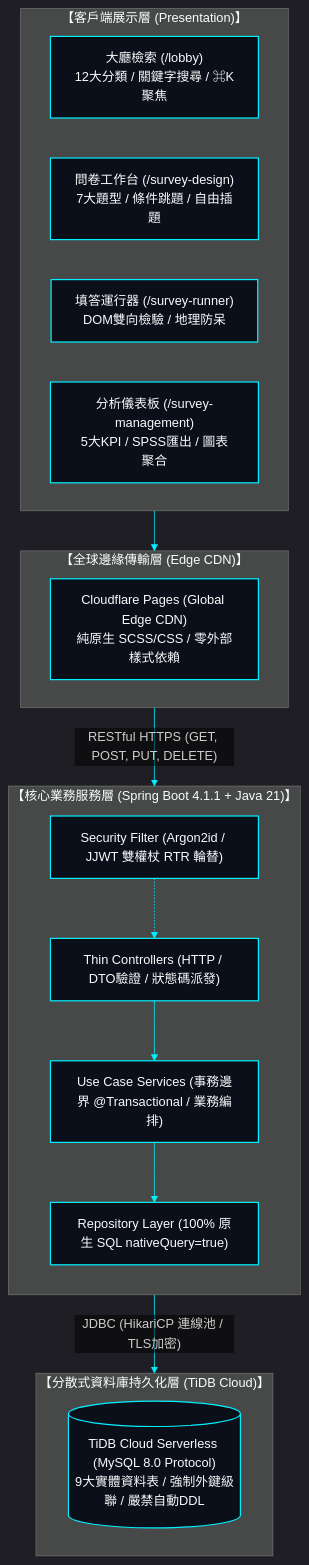
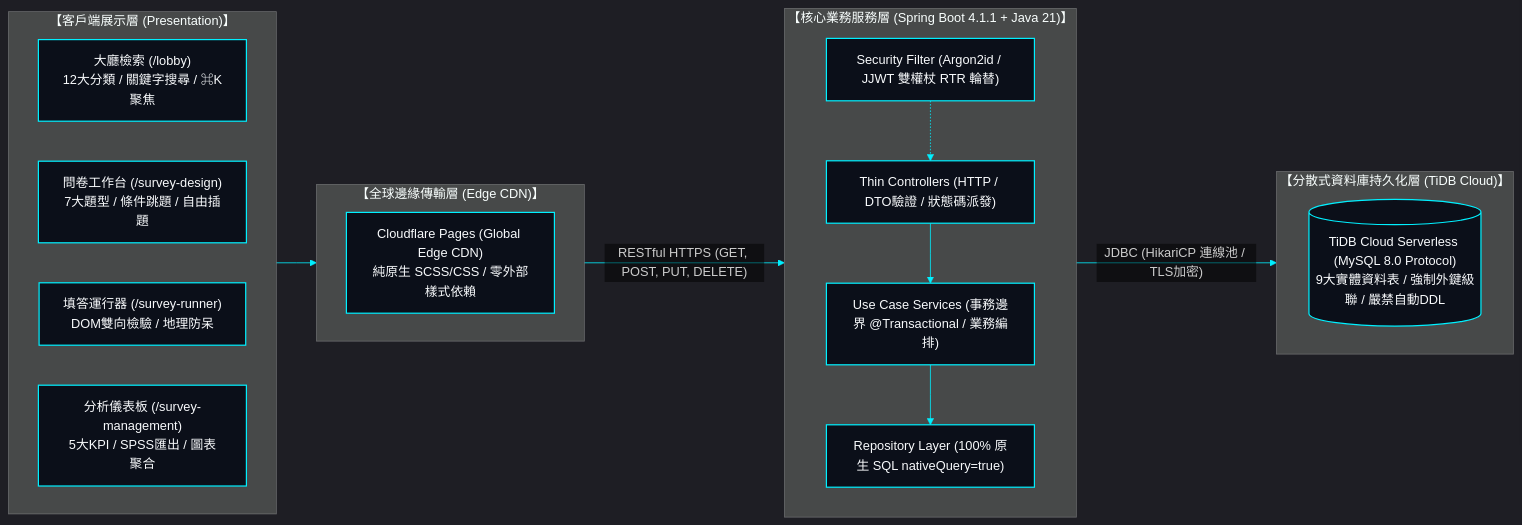
The first of 2 diagrams in README.md (EricXJason/survey-flow), drawn with Mermaid before and after one commit. The commit also changed other lines of this file and 10 other files, not shown here.

Commit message:
chore(release): unify sci-fi hud mermaid diagrams across all docs

````diff
--- a/README.md
+++ b/README.md
@@ -39,39 +39,53 @@
 ```mermaid
-%%{init: {'theme': 'dark', 'themeVariables': { 'darkMode': true, 'background': '#030712', 'primaryColor': '#0b0f19', 'primaryTextColor': '#f8fafc', 'primaryBorderColor': '#00f0ff', 'lineColor': '#00f0ff', 'edgeLabelBackground': 'transparent', 'fontFamily': 'system-ui, sans-serif' }}}%%
-flowchart TD
+%%{init: {
+  'theme': 'dark',
+  'themeVariables': {
+    'darkMode': true,
+    'background': '#030712',
+    'primaryColor': '#0b0f19',
+    'primaryTextColor': '#f8fafc',
+    'primaryBorderColor': '#00f0ff',
+    'lineColor': '#00f0ff',
+    'edgeLabelBackground': 'transparent',
+    'tertiaryColor': '#0b0f19'
+  },
+  'themeCSS': '.edgeLabel, .edgeLabel rect, .edgeLabel span, .labelBkg { background: transparent !important; background-color: transparent !important; fill: transparent !important; border: none !important; } .edgeLabel, .edgeLabel span { color: #ffffff !important; fill: #ffffff !important; font-weight: 500 !important; } rect, .node rect, rect.actor { rx: 0px !important; ry: 0px !important; }',
+  'flowchart': { 'curve': 'linear' }
+}}%%
+flowchart LR
     classDef hudCard fill:#0b0f19,stroke:#00f0ff,stroke-width:1.5px,color:#f8fafc,rx:0px,ry:0px;
 
     subgraph CLIENT["【客戶端展示層 (Presentation)】"]
         direction LR
         FE_LOBBY["大廳檢索 (/lobby)<br/>12大分類 / 關鍵字搜尋 / ⌘K聚焦"]:::hudCard
         FE_DESIGN["問卷工作台 (/survey-design)<br/>7大題型 / 條件跳題 / 自由插題"]:::hudCard
         FE_RUNNER["填答運行器 (/survey-runner)<br/>DOM雙向檢驗 / 地理防呆"]:::hudCard
         FE_DASH["分析儀表板 (/survey-management)<br/>5大KPI / SPSS匯出 / 圖表聚合"]:::hudCard
     end
 
     subgraph GATEWAY["【全球邊緣傳輸層 (Edge CDN)】"]
         direction LR
         CF_PAGES["Cloudflare Pages (Global Edge CDN)<br/>純原生 SCSS/CSS / 零外部樣式依賴"]:::hudCard
     end
 
     subgraph BACKEND["【核心業務服務層 (Spring Boot 4.1.1 + Java 21)】"]
         direction TB
         CTRL["Thin Controllers (HTTP / DTO驗證 / 狀態碼派發)"]:::hudCard
         SERV["Use Case Services (事務邊界 @Transactional / 業務編排)"]:::hudCard
         REPO["Repository Layer (100% 原生 SQL nativeQuery=true)"]:::hudCard
         SECURITY["Security Filter (Argon2id / JJWT 雙權杖 RTR 輪替)"]:::hudCard
 
         CTRL --> SERV
         SERV --> REPO
         SECURITY -.-> CTRL
     end
 
     subgraph STORAGE["【分散式資料庫持久化層 (TiDB Cloud)】"]
         direction LR
         TIDB[("TiDB Cloud Serverless (MySQL 8.0 Protocol)<br/>9大實體資料表 / 強制外鍵級聯 / 嚴禁自動DDL")]:::hudCard
     end
 
     CLIENT --> CF_PAGES
     CF_PAGES -->|"RESTful HTTPS (GET, POST, PUT, DELETE)"| BACKEND
     REPO -->|"JDBC (HikariCP 連線池 / TLS加密)"| STORAGE
 ```
````
